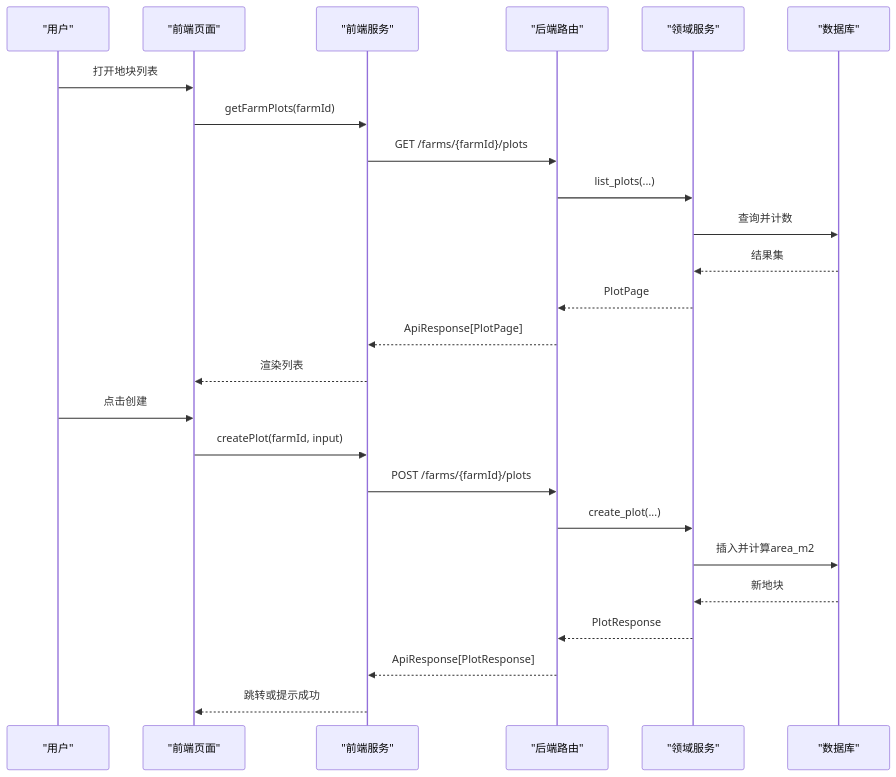
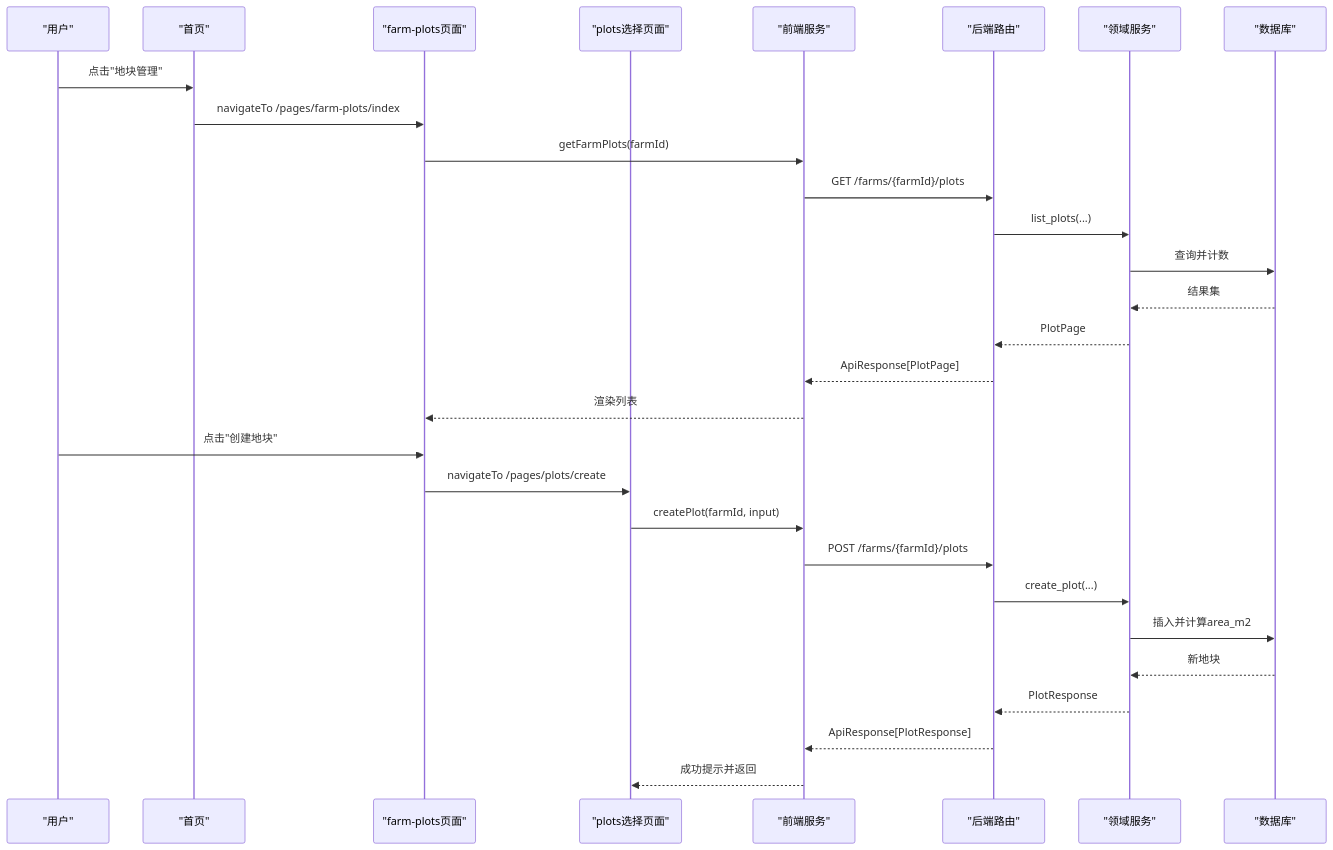
One commit to wungjyan/pocket-farm changed the second of 6 diagrams in .qoder/repowiki/zh/content/项目概览/核心功能/地块规划与管理.md. Above: the diagram before and after it, drawn with Mermaid. The commit also changed other lines of this file and 198 other files, not shown here.

````diff
--- a/.qoder/repowiki/zh/content/项目概览/核心功能/地块规划与管理.md
+++ b/.qoder/repowiki/zh/content/项目概览/核心功能/地块规划与管理.md
@@ -146,27 +156,31 @@
 ```mermaid
 sequenceDiagram
 participant U as "用户"
-participant F as "前端页面"
+participant H as "首页"
+participant F as "farm-plots页面"
+participant P as "plots选择页面"
 participant S as "前端服务"
 participant R as "后端路由"
 participant V as "领域服务"
 participant D as "数据库"
-U->>F : 打开地块列表
+U->>H : 点击"地块管理"
+H->>F : navigateTo /pages/farm-plots/index
 F->>S : getFarmPlots(farmId)
 S->>R : GET /farms/{farmId}/plots
 R->>V : list_plots(...)
 V->>D : 查询并计数
 D-->>V : 结果集
 V-->>R : PlotPage
 R-->>S : ApiResponse[PlotPage]
 S-->>F : 渲染列表
-U->>F : 点击创建
-F->>S : createPlot(farmId, input)
+U->>F : 点击"创建地块"
+F->>P : navigateTo /pages/plots/create
+P->>S : createPlot(farmId, input)
 S->>R : POST /farms/{farmId}/plots
 R->>V : create_plot(...)
 V->>D : 插入并计算area_m2
 D-->>V : 新地块
 V-->>R : PlotResponse
 R-->>S : ApiResponse[PlotResponse]
-S-->>F : 跳转或提示成功
+S-->>P : 成功提示并返回
 ```
````
